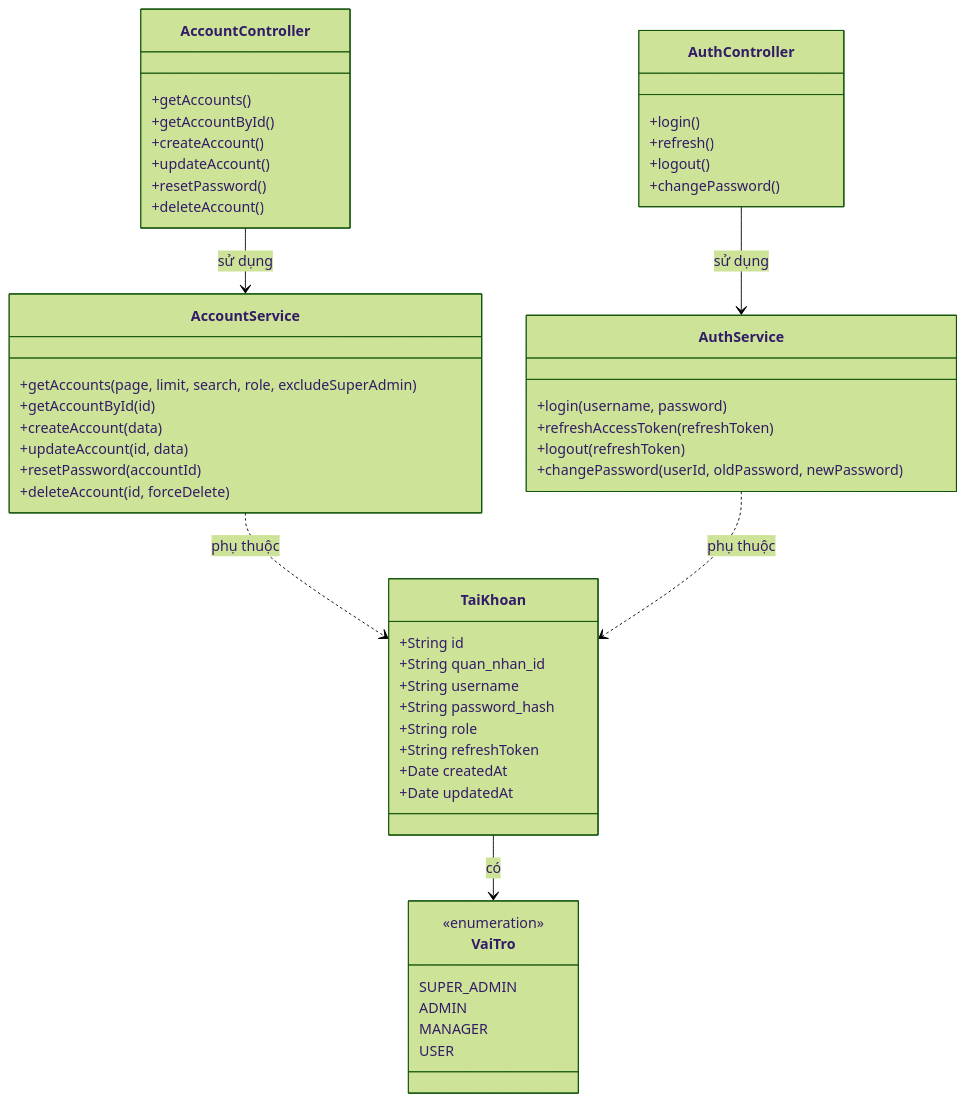
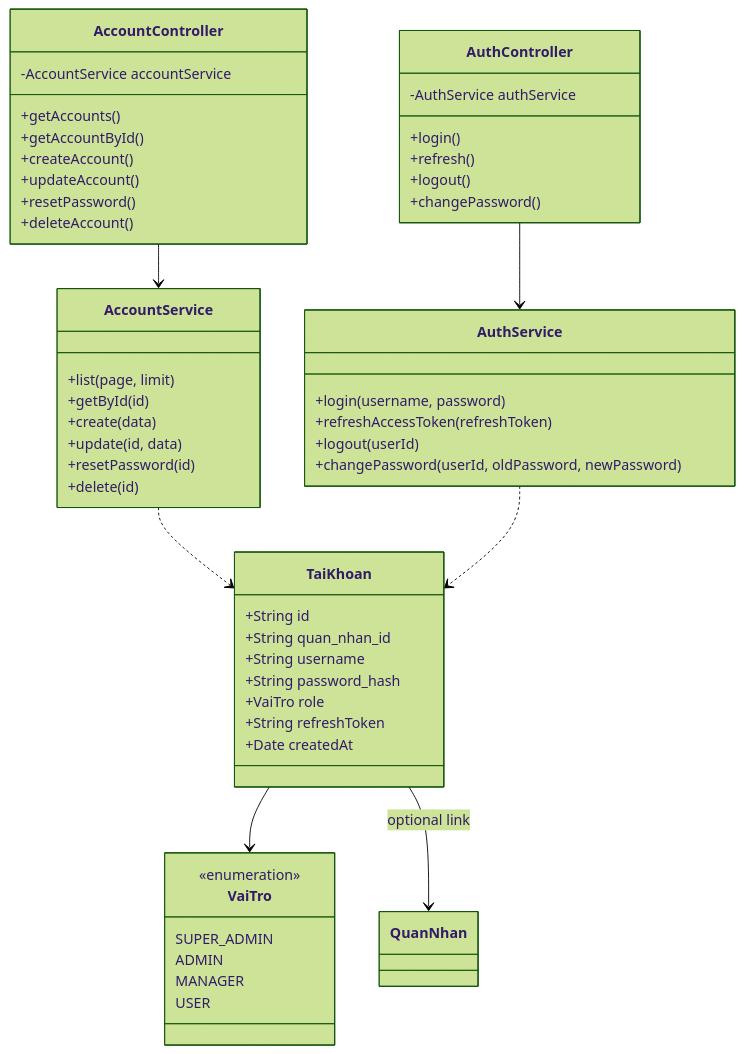
One commit to tranducbk/DATN_PM_QLKT changed the second of 10 diagrams in docs/diagrams/04-class.md. Above: the diagram before and after it, drawn with Mermaid (forest theme). The commit also changed other lines of this file and 69 other files, not shown here.

````diff
--- a/docs/diagrams/04-class.md
+++ b/docs/diagrams/04-class.md
@@ -99,59 +215,61 @@
 ```mermaid
 classDiagram
     class TaiKhoan {
         +String id
         +String quan_nhan_id
         +String username
         +String password_hash
-        +String role
+        +VaiTro role
         +String refreshToken
         +Date createdAt
-        +Date updatedAt
     }
 
     class VaiTro {
         <<enumeration>>
         SUPER_ADMIN
         ADMIN
         MANAGER
         USER
     }
 
     class AccountController {
+        -AccountService accountService
         +getAccounts()
         +getAccountById()
         +createAccount()
         +updateAccount()
         +resetPassword()
         +deleteAccount()
     }
 
+    class AccountService {
+        +list(page, limit)
+        +getById(id)
+        +create(data)
+        +update(id, data)
+        +resetPassword(id)
+        +delete(id)
+    }
+
     class AuthController {
+        -AuthService authService
         +login()
         +refresh()
         +logout()
         +changePassword()
     }
 
-    class AccountService {
-        +getAccounts(page, limit, search, role, excludeSuperAdmin)
-        +getAccountById(id)
-        +createAccount(data)
-        +updateAccount(id, data)
-        +resetPassword(accountId)
-        +deleteAccount(id, forceDelete)
-    }
-
     class AuthService {
         +login(username, password)
         +refreshAccessToken(refreshToken)
-        +logout(refreshToken)
+        +logout(userId)
         +changePassword(userId, oldPassword, newPassword)
     }
 
-    TaiKhoan --> VaiTro : có
-    AccountController --> AccountService : sử dụng
-    AuthController --> AuthService : sử dụng
-    AccountService ..> TaiKhoan : phụ thuộc
-    AuthService ..> TaiKhoan : phụ thuộc
+    AccountController --> AccountService
+    AuthController --> AuthService
+    AccountService ..> TaiKhoan
+    AuthService ..> TaiKhoan
+    TaiKhoan --> VaiTro
+    TaiKhoan --> QuanNhan : optional link
 ```
````
